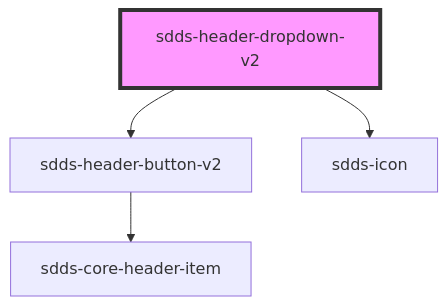
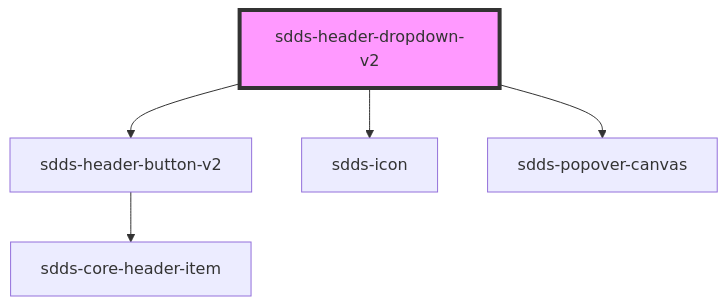
The diagram in tegel/src/components/header/webcomponent-v2/header-dropdown-v2/readme.md (scania-digital-design-system/sdds), drawn with Mermaid before and after one commit. The commit also changed other lines of this file and 8 other files, not shown here.

Commit message:
feat(header): align header items right now uses popover canvas

````diff
--- a/tegel/src/components/header/webcomponent-v2/header-dropdown-v2/readme.md
+++ b/tegel/src/components/header/webcomponent-v2/header-dropdown-v2/readme.md
@@ -27,7 +28,8 @@
 ```mermaid
 graph TD;
   sdds-header-dropdown-v2 --> sdds-header-button-v2
   sdds-header-dropdown-v2 --> sdds-icon
+  sdds-header-dropdown-v2 --> sdds-popover-canvas
   sdds-header-button-v2 --> sdds-core-header-item
   style sdds-header-dropdown-v2 fill:#f9f,stroke:#333,stroke-width:4px
 ```
````
